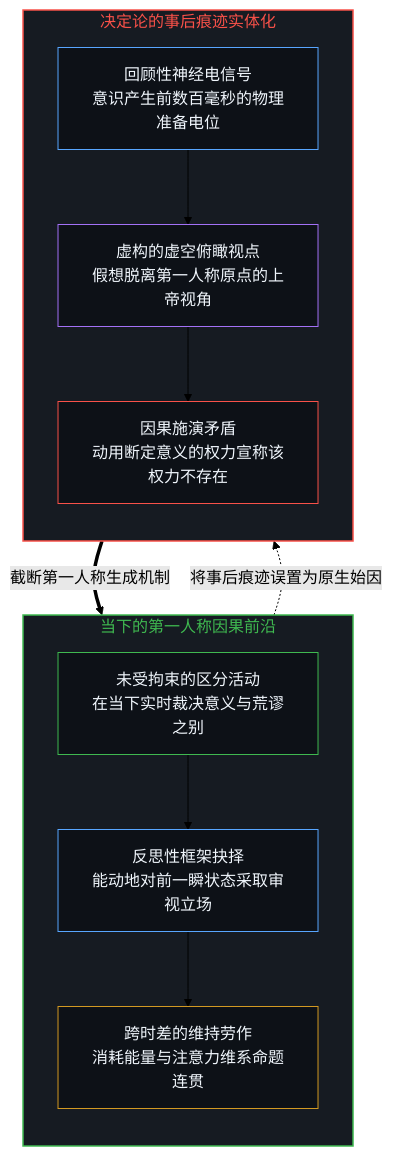
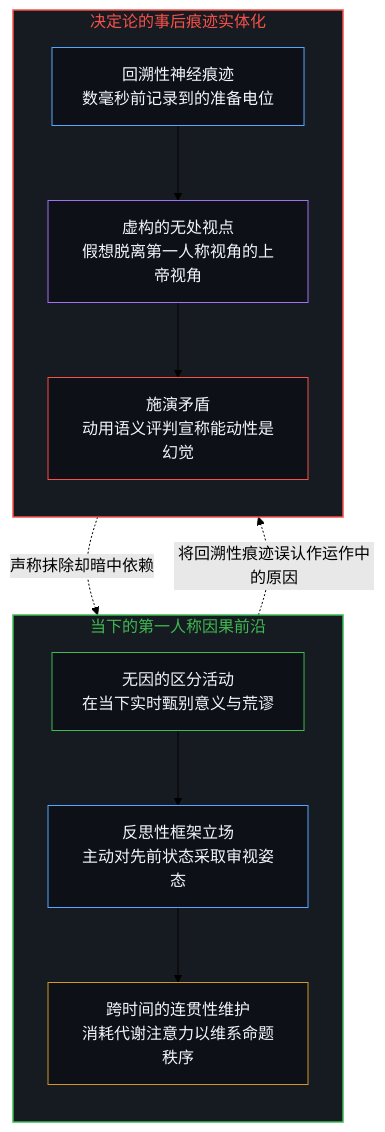
Before and after one commit to powerpig99/not-a-toe: the first of 4 diagrams in content/posts/the-freedom-of-will-to-deny-itself.md, drawn with Mermaid (forest theme). The commit also changed other lines of this file and 3 other files, not shown here.

````diff
--- a/content/posts/the-freedom-of-will-to-deny-itself.md
+++ b/content/posts/the-freedom-of-will-to-deny-itself.md
@@ -27,23 +27,23 @@
 ```mermaid
 graph TD
     subgraph S_LivingEdge ["当下的第一人称因果前沿"]
         direction TB
-        LE1["未受拘束的区分活动<br/>在当下实时裁决意义与荒谬之别"] --> LE2["反思性框架抉择<br/>能动地对前一瞬状态采取审视立场"]
-        LE2 --> LE3["跨时差的维持劳作<br/>消耗能量与注意力维系命题连贯"]
+        LE1["无因的区分活动<br/>在当下实时甄别意义与荒谬"] --> LE2["反思性框架立场<br/>主动对先前状态采取审视姿态"]
+        LE2 --> LE3["跨时间的连贯性维护<br/>消耗代谢注意力以维系命题秩序"]
     end
     subgraph S_TraceReification ["决定论的事后痕迹实体化"]
         direction TB
-        TR1["回顾性神经电信号<br/>意识产生前数百毫秒的物理准备电位"] --> TR2["虚构的虚空俯瞰视点<br/>假想脱离第一人称原点的上帝视角"]
-        TR2 --> TR3["因果施演矛盾<br/>动用断定意义的权力宣称该权力不存在"]
+        TR1["回溯性神经痕迹<br/>数毫秒前记录到的准备电位"] --> TR2["虚构的无处视点<br/>假想脱离第一人称视角的上帝视角"]
+        TR2 --> TR3["施演矛盾<br/>动用语义评判宣称能动性是幻觉"]
     end
-    LE2 -.->|"将事后痕迹误置为原生始因"| TR2
-    TR3 ==>|"截断第一人称生成机制"| LE1
+    LE2 -.->|"将回溯性痕迹误认作运作中的原因"| TR2
+    TR3 -.->|"声称抹除却暗中依赖"| LE1
     style S_LivingEdge fill:#161b22,stroke:#3fb950,stroke-width:1.5px,color:#3fb950
     style S_TraceReification fill:#161b22,stroke:#f85149,stroke-width:1.5px,color:#f85149
     style LE1 fill:#0d1117,stroke:#3fb950,stroke-width:1px,color:#f0f6fc
     style LE2 fill:#0d1117,stroke:#58a6ff,stroke-width:1px,color:#f0f6fc
     style LE3 fill:#0d1117,stroke:#d29922,stroke-width:1px,color:#f0f6fc
     style TR1 fill:#0d1117,stroke:#58a6ff,stroke-width:1px,color:#f0f6fc
     style TR2 fill:#0d1117,stroke:#a371f7,stroke-width:1px,color:#f0f6fc
     style TR3 fill:#0d1117,stroke:#f85149,stroke-width:1px,color:#f0f6fc
 ```
````
